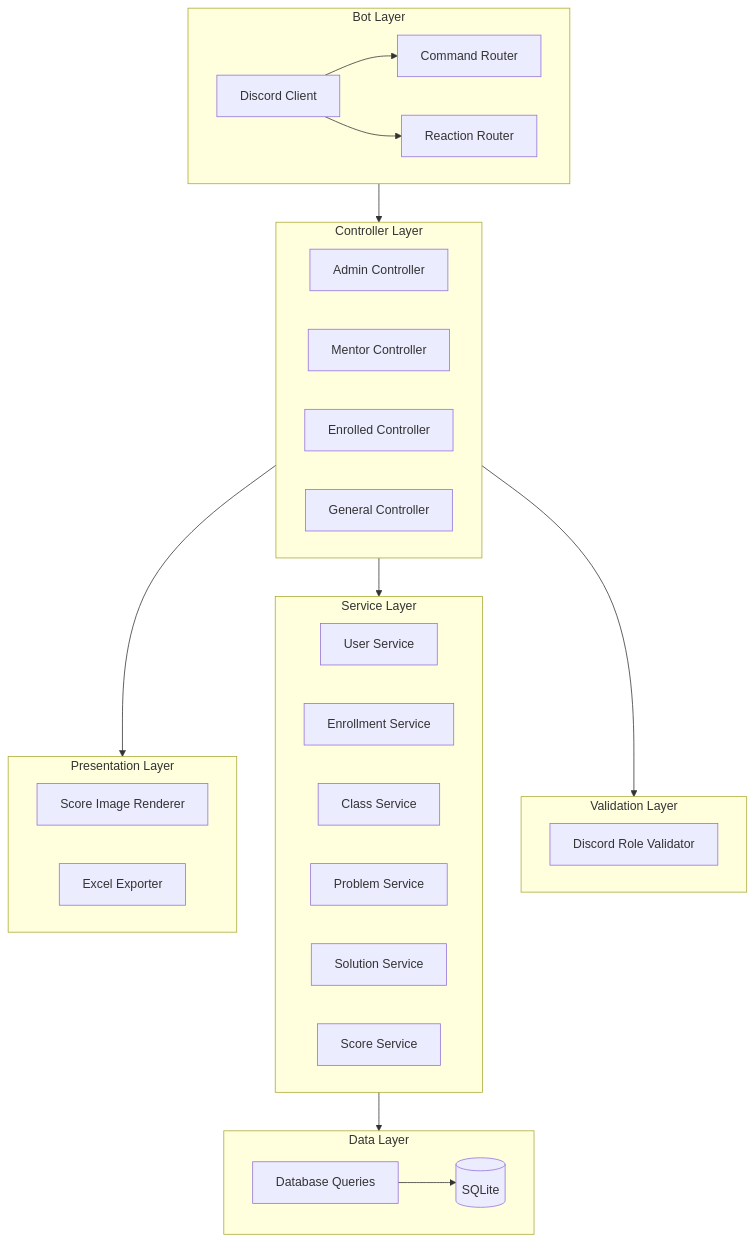
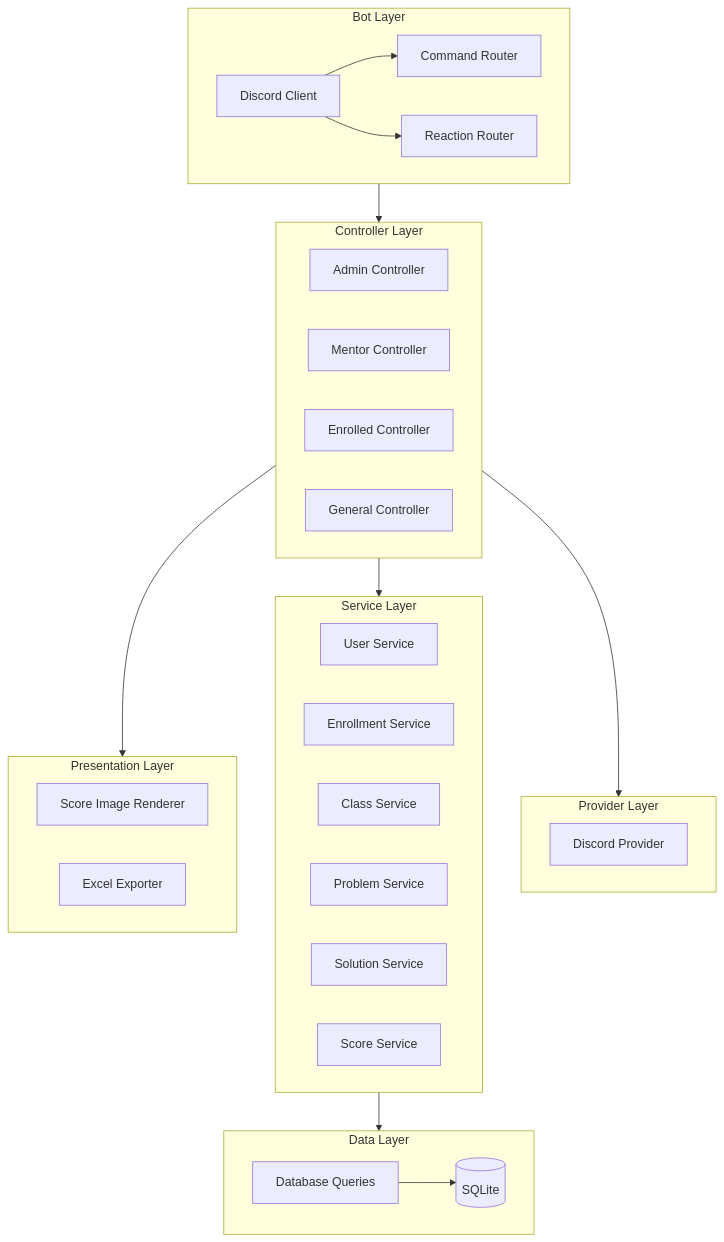
The diagram in docs/ARCHITECTURE.md (JorgeIba/Hurion), drawn with Mermaid before and after one commit. The commit also changed other lines of this file and 12 other files, not shown here.

Commit message:
refactor: migrate DiscordValidator to DiscordProvider and segregate interfaces

````diff
--- a/docs/ARCHITECTURE.md
+++ b/docs/ARCHITECTURE.md
@@ -26,50 +26,50 @@
 ```mermaid
 graph TB
     subgraph BotLayer["Bot Layer"]
         Discord[Discord Client]
         Commands[Command Router]
         Reactions[Reaction Router]
     end
 
     subgraph ControllerLayer["Controller Layer"]
         AdminCtrl[Admin Controller]
         MentorCtrl[Mentor Controller]
         EnrolledCtrl[Enrolled Controller]
         GeneralCtrl[General Controller]
     end
 
-    subgraph ValidationLayer["Validation Layer"]
-        DiscordValidator[Discord Role Validator]
+    subgraph ProviderLayer["Provider Layer"]
+        DiscordProvider[Discord Provider]
     end
 
     subgraph ServiceLayer["Service Layer"]
         UserService[User Service]
         EnrollmentService[Enrollment Service]
         ClassService[Class Service]
         ProblemService[Problem Service]
         SolutionService[Solution Service]
         ScoreService[Score Service]
     end
 
     subgraph DataLayer["Data Layer"]
         Queries[Database Queries]
         DB[(SQLite)]
     end
 
     subgraph PresentationLayer["Presentation Layer"]
         ImageRenderer[Score Image Renderer]
         Excelizer[Excel Exporter]
     end
 
     %% Internal connections
     Discord --> Commands
     Discord --> Reactions
     Queries --> DB
 
     %% Flow between layers
     BotLayer --> ControllerLayer
-    ControllerLayer --> ValidationLayer
+    ControllerLayer --> ProviderLayer
     ControllerLayer --> ServiceLayer
     ControllerLayer --> PresentationLayer
     ServiceLayer --> DataLayer
 ```
````
